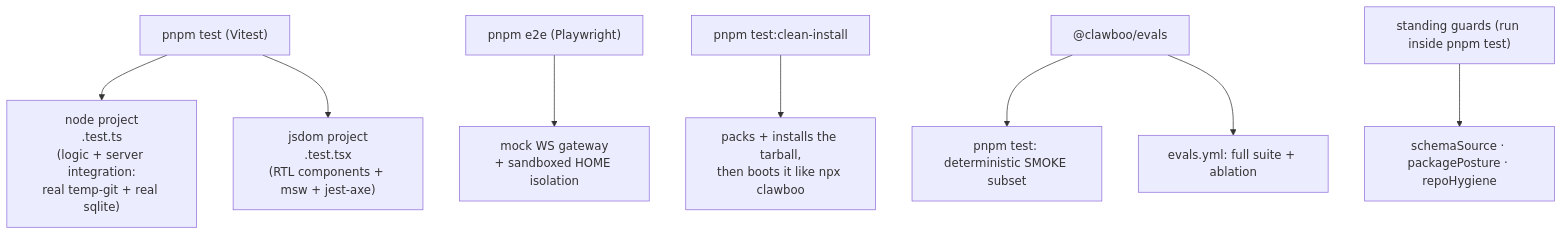
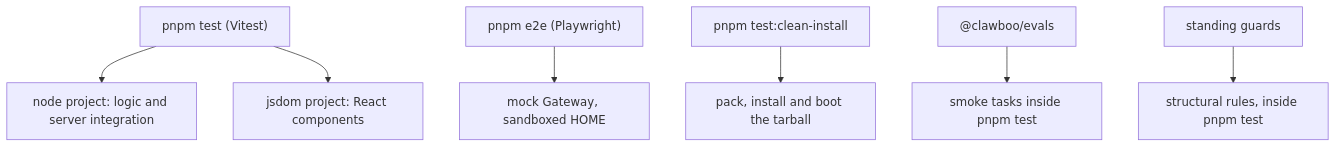
The diagram in docs/internals/testing.md (clawboo/clawboo), drawn with Mermaid before and after one commit. The commit also changed other lines of this file and 81 other files, not shown here.

````diff
--- a/docs/internals/testing.md
+++ b/docs/internals/testing.md
@@ -12,10 +30,9 @@
 ```mermaid
 flowchart TD
-    A["pnpm test (Vitest)"] --> A1["node project<br/>.test.ts<br/>(logic + server integration:<br/>real temp-git + real sqlite)"]
-    A --> A2["jsdom project<br/>.test.tsx<br/>(RTL components + msw + jest-axe)"]
-    B["pnpm e2e (Playwright)"] --> B1["mock WS gateway<br/>+ sandboxed HOME isolation"]
-    C["pnpm test:clean-install"] --> C1["packs + installs the tarball,<br/>then boots it like npx clawboo"]
-    D["@clawboo/evals"] --> D1["pnpm test: deterministic SMOKE subset"]
-    D --> D2["evals.yml: full suite + ablation"]
-    E["standing guards (run inside pnpm test)"] --> E1["schemaSource · packagePosture · repoHygiene"]
+    A["pnpm test (Vitest)"] --> A1["node project: logic and server integration"]
+    A --> A2["jsdom project: React components"]
+    B["pnpm e2e (Playwright)"] --> B1["mock Gateway, sandboxed HOME"]
+    C["pnpm test:clean-install"] --> C1["pack, install and boot the tarball"]
+    D["@clawboo/evals"] --> D1["smoke tasks inside pnpm test"]
+    E["standing guards"] --> E1["structural rules, inside pnpm test"]
 ```
````
